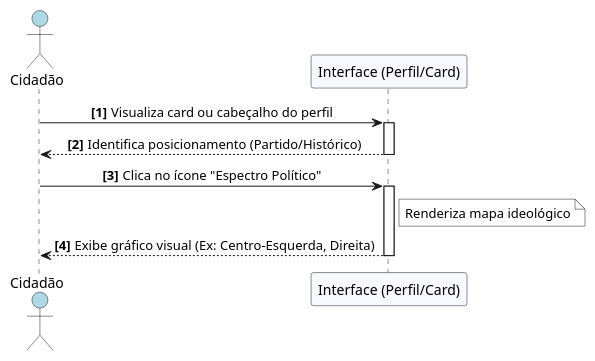
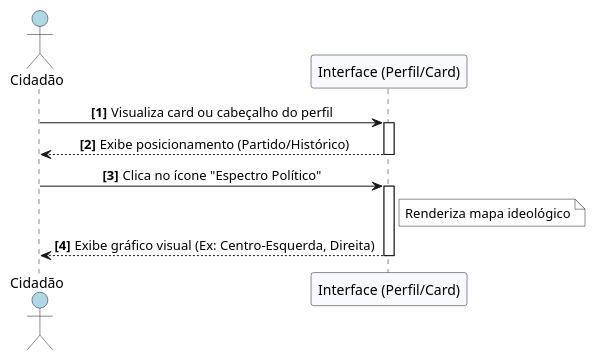
Before and after one commit to gabrielfaravola/ProjetoEngenharia: the diagram in Documentação /03 - Domínio/Diagramas_de_Sequência_de_Negócios/UC1.md, drawn with PlantUML.

Commit message:
Update sequence diagram for user interface interactions

````diff
--- a/Documentação /03 - Domínio/Diagramas_de_Sequência_de_Negócios/UC1.md
+++ b/Documentação /03 - Domínio/Diagramas_de_Sequência_de_Negócios/UC1.md
@@ -12,23 +12,23 @@
 ```plantuml
 @startuml
 skinparam shadowing false
 skinparam sequenceMessageAlign center
 
 actor "Cidadão" as User #LightBlue
 participant "Interface (Perfil/Card)" as UI #GhostWhite
 
 autonumber "<b>[0]"
 
 User -> UI : Visualiza card ou cabeçalho do perfil
 activate UI
-UI --> User : Identifica posicionamento (Partido/Histórico)
+UI --> User : Exibe posicionamento (Partido/Histórico)
 deactivate UI
 
 User -> UI : Clica no ícone "Espectro Político"
 activate UI
 note right of UI #FFFFFF: Renderiza mapa ideológico
 UI --> User : Exibe gráfico visual (Ex: Centro-Esquerda, Direita)
 deactivate UI
 
 @enduml
 ```
````
